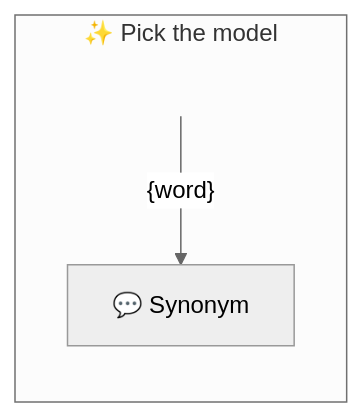
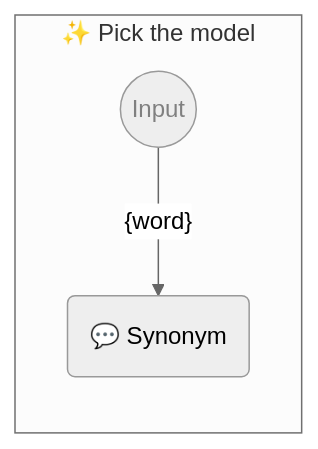
Before and after one commit to webgptorg/promptbook: the diagram in samples/templates/11-picking-model.ptbk.md, drawn with Mermaid (neutral theme). The commit also changed 19 other files, not shown here.

Commit message:
Auto-generated Mermaid graphs of promptboks

````diff
--- a/samples/templates/11-picking-model.ptbk.md
+++ b/samples/templates/11-picking-model.ptbk.md
@@ -11,16 +11,16 @@
 ```mermaid
 %% 🔮 Tip: Open this on GitHub or in the VSCode website to see the Mermaid graph visually
 
 flowchart LR
   subgraph "✨ Pick the model"
 
       direction TB
 
-      input[<!--Input-->]:::hidden
-      templateSynonym[💬 Synonym]
+      input((Input)):::input
+      templateSynonym(💬 Synonym)
       input--"{word}"-->templateSynonym
 
-      classDef hidden visibility: hidden;
+      classDef input color: grey;
 
   end;
 ```
````
